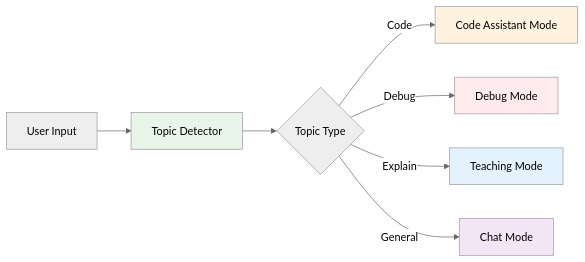
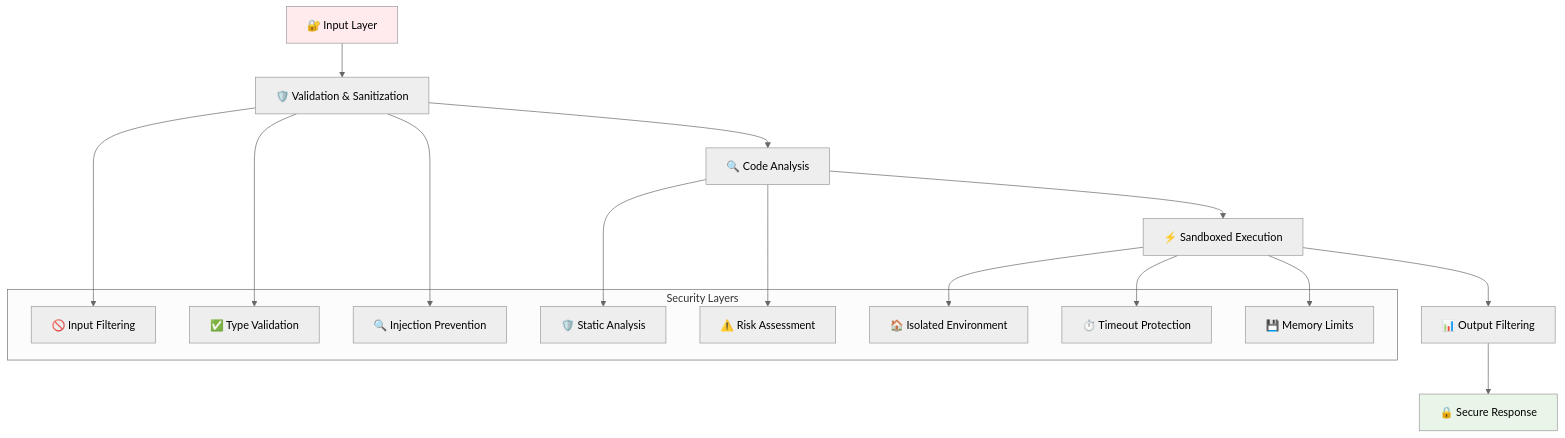
One commit to musagithub1/python-code-assistant-ai-bot changed the third of 4 diagrams in README.md. Above: the diagram before and after it, drawn with Mermaid (neutral theme). The commit also changed other lines of this file, not shown here.

````diff
--- a/README.md
+++ b/README.md
@@ -388,15 +578,31 @@
 ```mermaid
-graph LR
-    A[User Input] --> B[Topic Detector]
-    B --> C{Topic Type}
-    C -->|Code| D[Code Assistant Mode]
-    C -->|Debug| E[Debug Mode]
-    C -->|Explain| F[Teaching Mode]
-    C -->|General| G[Chat Mode]
+graph TD
+    A[🔐 Input Layer] --> B[🛡️ Validation & Sanitization]
+    B --> C[🔍 Code Analysis]
+    C --> D[⚡ Sandboxed Execution]
+    D --> E[📊 Output Filtering]
+    E --> F[🔒 Secure Response]
     
-    style B fill:#e8f5e8
-    style D fill:#fff3e0
-    style E fill:#ffebee
-    style F fill:#e3f2fd
-    style G fill:#f3e5f5
+    subgraph "Security Layers"
+        B1[🚫 Input Filtering]
+        B2[✅ Type Validation]
+        B3[🔍 Injection Prevention]
+        C1[🛡️ Static Analysis]
+        C2[⚠️ Risk Assessment]
+        D1[🏠 Isolated Environment]
+        D2[⏱️ Timeout Protection]
+        D3[💾 Memory Limits]
+    end
+    
+    B --> B1
+    B --> B2
+    B --> B3
+    C --> C1
+    C --> C2
+    D --> D1
+    D --> D2
+    D --> D3
+    
+    style A fill:#ffebee
+    style F fill:#e8f5e8
 ```
````
